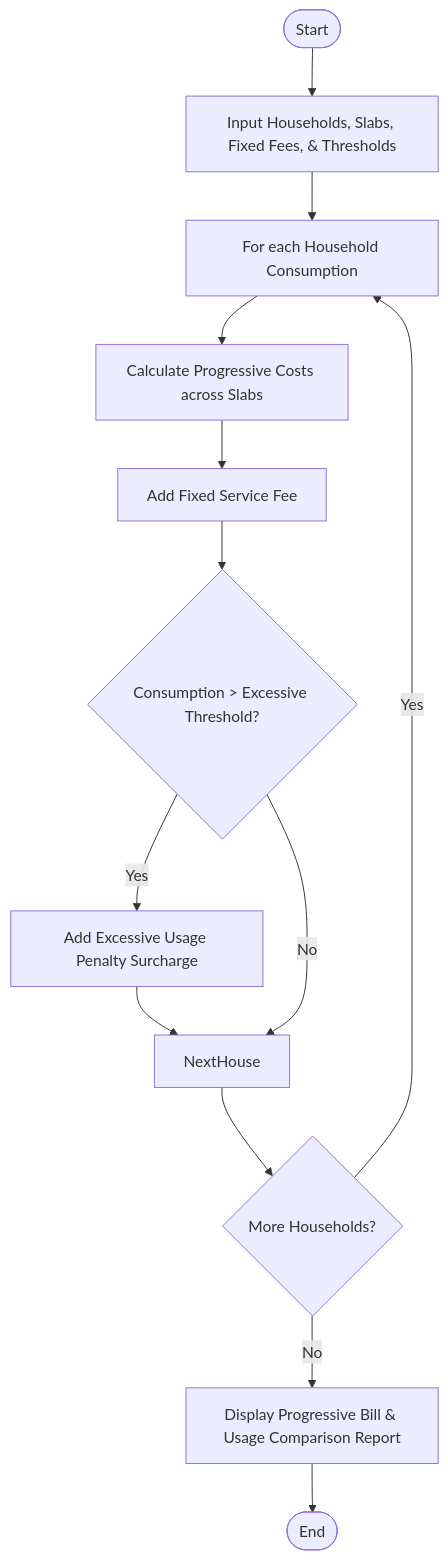
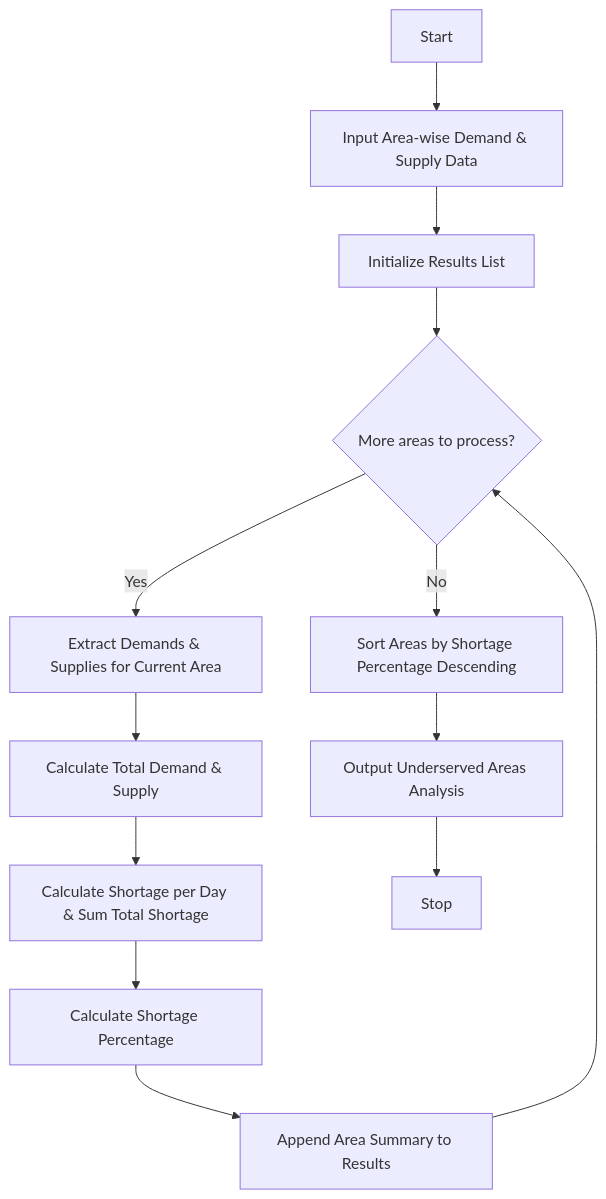
Before and after one commit to premkasturi5-bit/python_programing: the diagram in task10/code.md, drawn with Mermaid. The commit also changed other lines of this file, not shown here.

Commit message:
Refactor water tariff analysis to include area analysis

````diff
--- a/task10/code.md
+++ b/task10/code.md
@@ -35,15 +26,16 @@
 ```mermaid
 flowchart TD
-    Start([Start]) --> Input[Input Households, Slabs, Fixed Fees, & Thresholds]
-    Input --> Loop[For each Household Consumption]
-    Loop --> SlabCalc[Calculate Progressive Costs across Slabs]
-    SlabCalc --> AddFixed[Add Fixed Service Fee]
-    AddFixed --> CheckExcess{Consumption > Excessive Threshold?}
-    CheckExcess -- Yes --> AddPenalty[Add Excessive Usage Penalty Surcharge] --> NextHouse
-    CheckExcess -- No --> NextHouse
-    NextHouse --> MoreHouse{More Households?}
-    MoreHouse -- Yes --> Loop
-    MoreHouse -- No --> Output[Display Progressive Bill & Usage Comparison Report]
-    Output --> End([End])
+    A[Start] --> B[Input Area-wise Demand & Supply Data]
+    B --> C[Initialize Results List]
+    C --> D{More areas to process?}
+    D -- Yes --> E[Extract Demands & Supplies for Current Area]
+    E --> F[Calculate Total Demand & Supply]
+    F --> G[Calculate Shortage per Day & Sum Total Shortage]
+    G --> H[Calculate Shortage Percentage]
+    H --> I[Append Area Summary to Results]
+    I --> D
+    D -- No --> J[Sort Areas by Shortage Percentage Descending]
+    J --> K[Output Underserved Areas Analysis]
+    K --> L[Stop]
 
 ```
````
